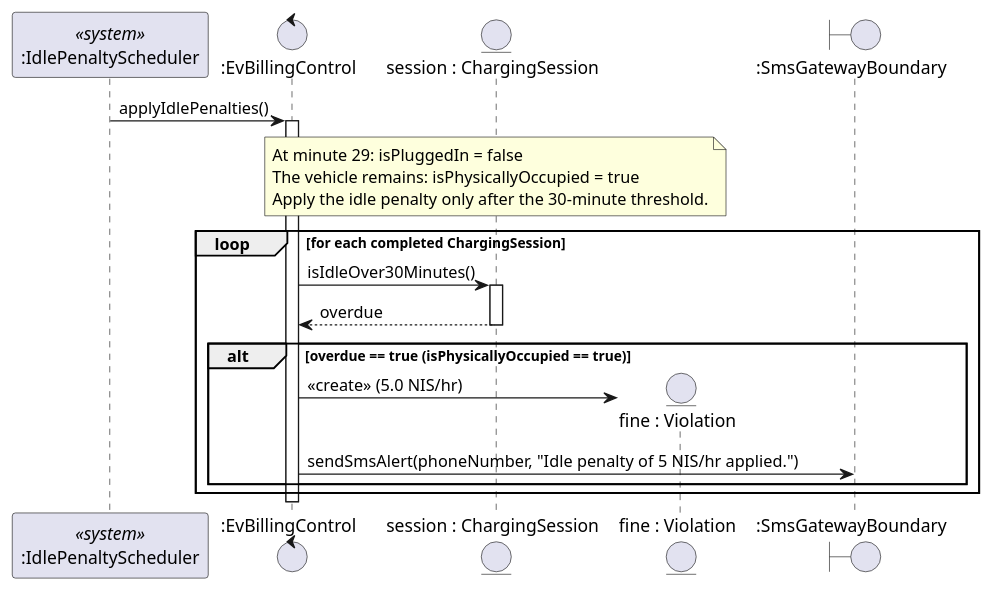
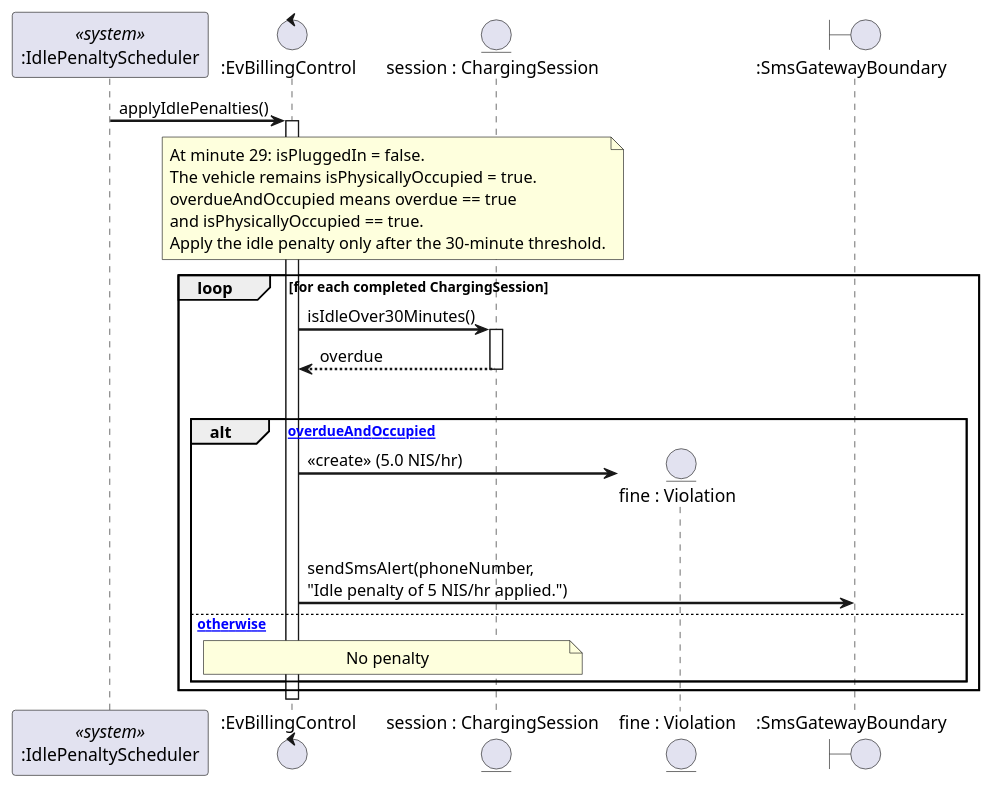
One commit to mayarserhan/Ex4_SmartParking_Design changed the diagram in diagrams/sequence_idle_penalty_ecb.puml. Above: the diagram before and after it, drawn with PlantUML. The commit also changed 2 other files, not shown here.

```diff
--- a/diagrams/sequence_idle_penalty_ecb.puml
+++ b/diagrams/sequence_idle_penalty_ecb.puml
@@ -1,29 +1,43 @@
 @startuml
+
+skinparam sequenceArrowThickness 2
+
 participant ":IdlePenaltyScheduler" as Timer <<system>>
 control ":EvBillingControl" as Billing
 entity "session : ChargingSession" as Session
 entity "fine : Violation" as Fine
 boundary ":SmsGatewayBoundary" as SMS
 
 Timer -> Billing : applyIdlePenalties()
 activate Billing
-note over Session
-At minute 29: isPluggedIn = false
-The vehicle remains: isPhysicallyOccupied = true
+
+note over Billing, Session
+At minute 29: isPluggedIn = false.
+The vehicle remains isPhysicallyOccupied = true.
+overdueAndOccupied means overdue == true
+and isPhysicallyOccupied == true.
 Apply the idle penalty only after the 30-minute threshold.
 end note
 
 loop for each completed ChargingSession
-  Billing -> Session : isIdleOver30Minutes()
-  activate Session
-  Session --> Billing : overdue
-  deactivate Session
-  alt overdue == true (isPhysicallyOccupied == true)
-    create Fine
-    Billing -> Fine : <<create>> (5.0 NIS/hr)
-    Billing -> SMS : sendSmsAlert(phoneNumber, "Idle penalty of 5 NIS/hr applied.")
-  end
+    Billing -> Session : isIdleOver30Minutes()
+    activate Session
+    Session --> Billing : overdue
+    deactivate Session
+
+    |||
+
+    alt [overdueAndOccupied]
+        create Fine
+        Billing -> Fine : <<create>> (5.0 NIS/hr)
+
+        |||
+
+        Billing -> SMS : sendSmsAlert(phoneNumber,\n"Idle penalty of 5 NIS/hr applied.")
+    else [otherwise]
+        note over Billing, Session : No penalty
+    end
 end
 
 deactivate Billing
 @enduml
```
